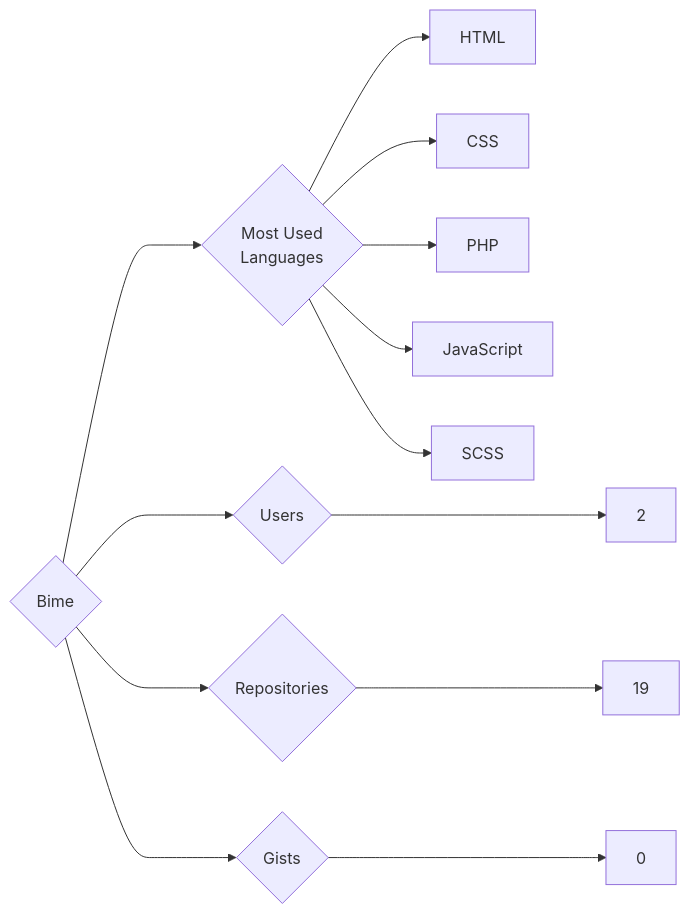
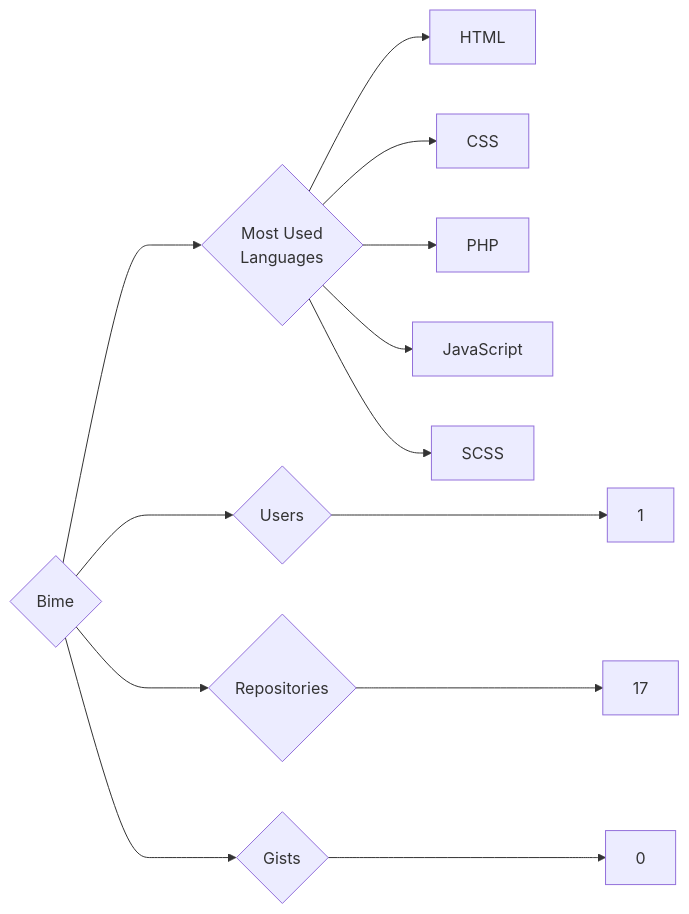
One commit to trickest/insiders changed the diagram in targets/Bime/README.md. Above: the diagram before and after it, drawn with Mermaid. The commit also changed 681 other files, not shown here.

````diff
--- a/targets/Bime/README.md
+++ b/targets/Bime/README.md
@@ -3,13 +3,13 @@
 ```mermaid
 graph LR
 COMPANY_NAME{Bime}
-COMPANY_NAME ---> U{Users} ---> UN[2]
-COMPANY_NAME ---> R{Repositories} ---> RN[19]
+COMPANY_NAME ---> U{Users} ---> UN[1]
+COMPANY_NAME ---> R{Repositories} ---> RN[17]
 COMPANY_NAME ---> G{Gists} ---> GN[0]
 COMPANY_NAME ---> ML{Most Used<br>Languages}
 ML --> HTML[HTML]
 ML --> CSS[CSS]
 ML --> PHP[PHP]
 ML --> JavaScript[JavaScript]
 ML --> SCSS[SCSS]
 ```
````
